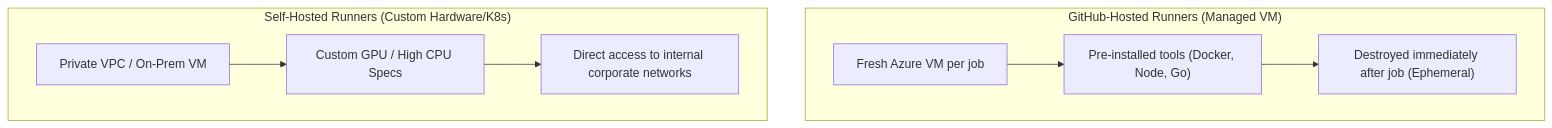
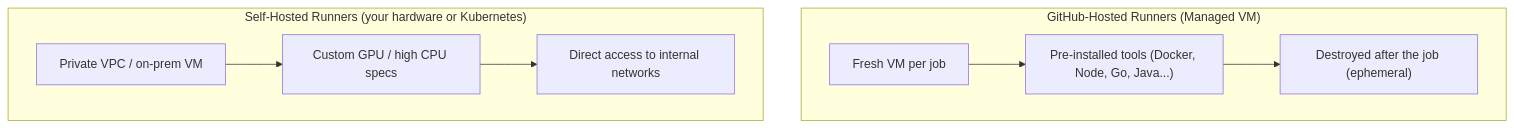
The fifth of 27 diagrams in README.md (TheLearningHubOrg/learn-github-actions), drawn with Mermaid before and after one commit. The commit also changed other lines of this file and 39 other files, not shown here.

````diff
--- a/README.md
+++ b/README.md
@@ -76,11 +450,11 @@
 ```mermaid
 flowchart TD
     subgraph GitHubHosted["GitHub-Hosted Runners (Managed VM)"]
-        GH1["Fresh Azure VM per job"] --> GH2["Pre-installed tools (Docker, Node, Go)"]
-        GH2 --> GH3["Destroyed immediately after job (Ephemeral)"]
+        GH1["Fresh VM per job"] --> GH2["Pre-installed tools (Docker, Node, Go, Java...)"]
+        GH2 --> GH3["Destroyed after the job (ephemeral)"]
     end
-    subgraph SelfHosted["Self-Hosted Runners (Custom Hardware/K8s)"]
-        SH1["Private VPC / On-Prem VM"] --> SH2["Custom GPU / High CPU Specs"]
-        SH2 --> SH3["Direct access to internal corporate networks"]
+    subgraph SelfHosted["Self-Hosted Runners (your hardware or Kubernetes)"]
+        SH1["Private VPC / on-prem VM"] --> SH2["Custom GPU / high CPU specs"]
+        SH2 --> SH3["Direct access to internal networks"]
     end
 ```
````
